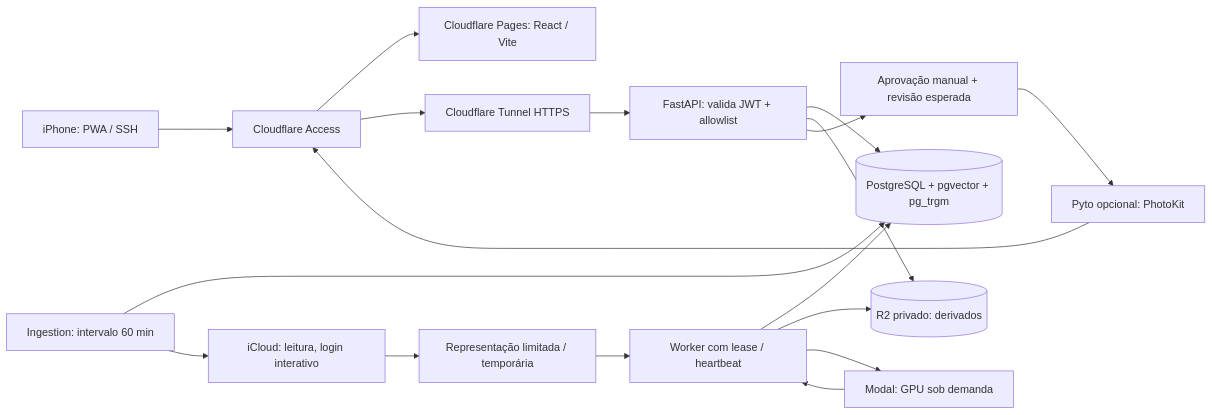
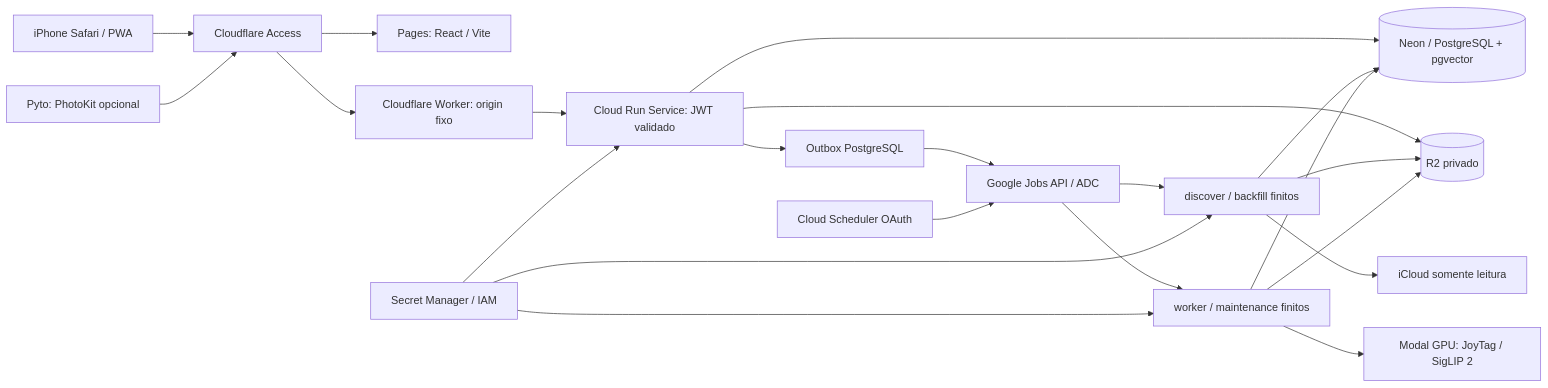
Before and after one commit to rodkisten/photointel: the diagram in ARCHITECTURE.md, drawn with Mermaid. The commit also changed other lines of this file and 7 other files, not shown here.

````diff
--- a/ARCHITECTURE.md
+++ b/ARCHITECTURE.md
@@ -7,20 +14,24 @@
 ```mermaid
 flowchart LR
-    Phone[iPhone: PWA / SSH] --> Access[Cloudflare Access]
-    Access --> Pages[Cloudflare Pages: React / Vite]
-    Access --> Tunnel[Cloudflare Tunnel HTTPS]
-    Tunnel --> API[FastAPI: valida JWT + allowlist]
-    API --> PG[(PostgreSQL + pgvector + pg_trgm)]
-    API --> Objects[(R2 privado: derivados)]
-    Worker[Worker com lease / heartbeat] --> PG
-    Worker --> Objects
-    Worker --> Modal[Modal: GPU sob demanda]
-    Modal --> Worker
-    Timer[Ingestion: intervalo 60 min] --> PG
-    Timer --> iCloud[iCloud: leitura, login interativo]
-    iCloud --> Temp[Representação limitada / temporária]
-    Temp --> Worker
-    Bridge[Pyto opcional: PhotoKit] --> Access
-    API --> Approval[Aprovação manual + revisão esperada]
-    Approval --> Bridge
+    Phone[iPhone Safari / PWA] --> Access[Cloudflare Access]
+    Access --> Pages[Pages: React / Vite]
+    Access --> Edge[Cloudflare Worker: origin fixo]
+    Edge --> API[Cloud Run Service: JWT validado]
+    API --> PG[(Neon / PostgreSQL + pgvector)]
+    API --> R2[(R2 privado)]
+    API --> Outbox[Outbox PostgreSQL]
+    Outbox --> JobsAPI[Google Jobs API / ADC]
+    Scheduler[Cloud Scheduler OAuth] --> JobsAPI
+    JobsAPI --> Discover[discover / backfill finitos]
+    JobsAPI --> Worker[worker / maintenance finitos]
+    Discover --> PG
+    Discover --> Apple[iCloud somente leitura]
+    Discover --> R2
+    Worker --> PG
+    Worker --> R2
+    Worker --> Modal[Modal GPU: JoyTag / SigLIP 2]
+    Secrets[Secret Manager / IAM] --> API
+    Secrets --> Discover
+    Secrets --> Worker
+    Bridge[Pyto: PhotoKit opcional] --> Access
 ```
````
